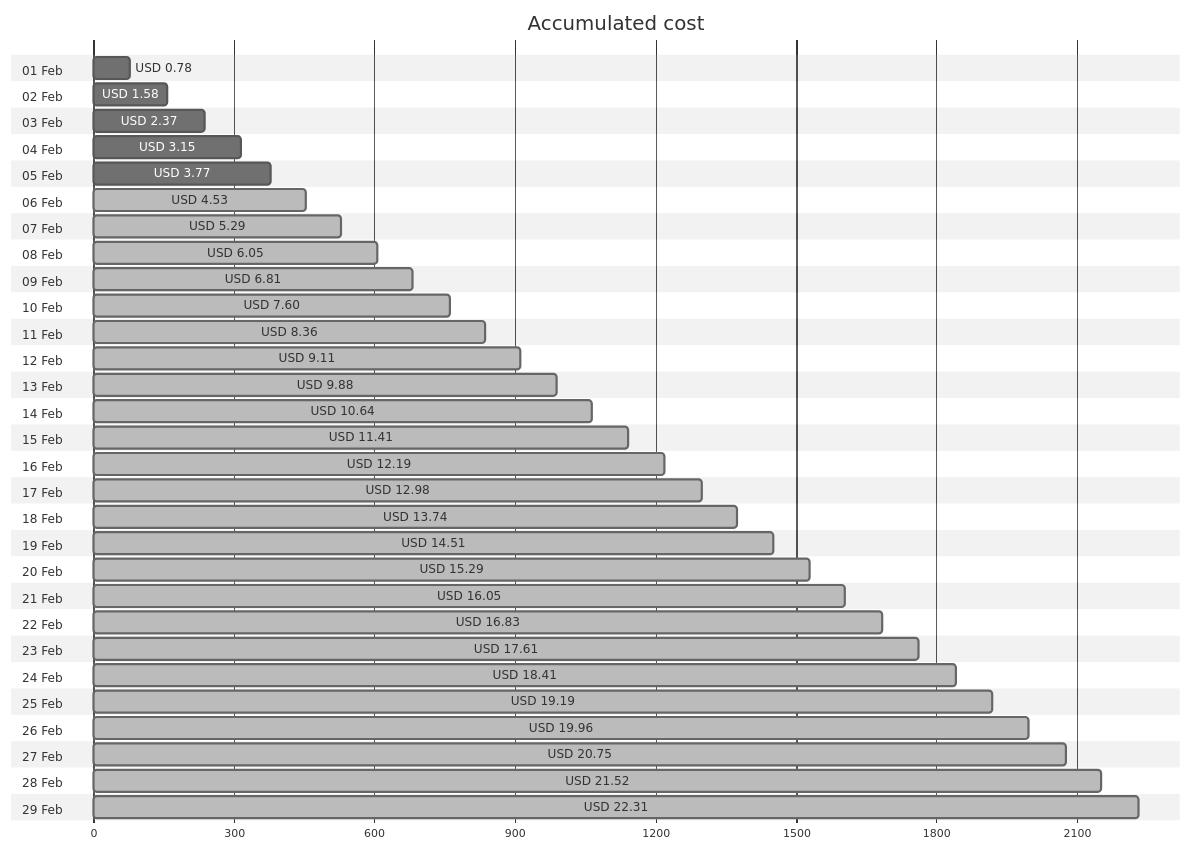
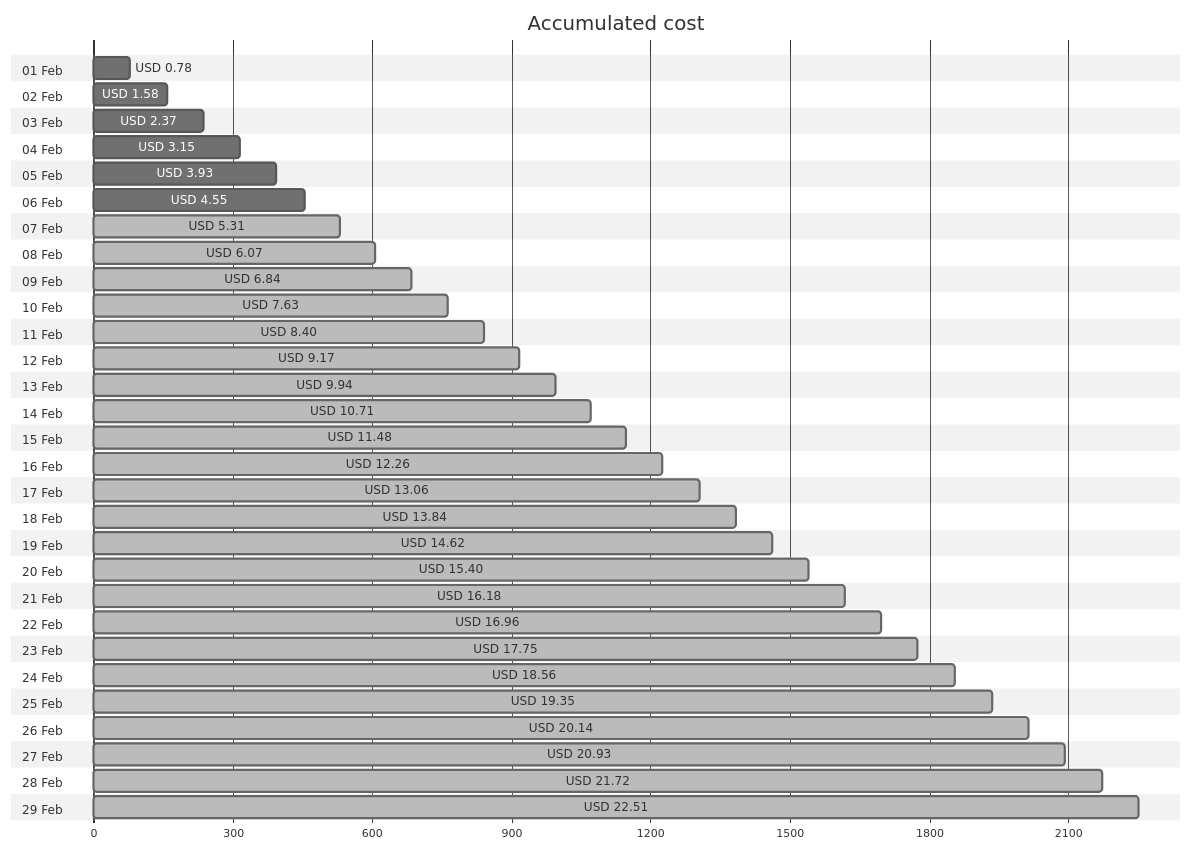
Before and after one commit to jpfulton/azure-personal-reports: the first of 4 diagrams in cost-reports/personal-network/backup-server-data-disk.md, drawn with Mermaid (neutral theme). The commit also changed other lines of this file and 8 other files, not shown here.

````diff
--- a/cost-reports/personal-network/backup-server-data-disk.md
+++ b/cost-reports/personal-network/backup-server-data-disk.md
@@ -20,64 +20,64 @@
 ```mermaid
 gantt
    title Accumulated cost
    dateFormat  X
    axisFormat %s
    section 01 Feb
    USD 0.78 :0, 78
    section 02 Feb
    USD 1.58 :0, 158
    section 03 Feb
    USD 2.37 :0, 237
    section 04 Feb
    USD 3.15 :0, 315
    section 05 Feb
-   USD 3.77 :0, 377
+   USD 3.93 :0, 393
    section 06 Feb
-   USD 4.53 : done, 0, 453
+   USD 4.55 :0, 455
    section 07 Feb
-   USD 5.29 : done, 0, 529
+   USD 5.31 : done, 0, 531
    section 08 Feb
-   USD 6.05 : done, 0, 605
+   USD 6.07 : done, 0, 607
    section 09 Feb
-   USD 6.81 : done, 0, 681
+   USD 6.84 : done, 0, 684
    section 10 Feb
-   USD 7.60 : done, 0, 760
+   USD 7.63 : done, 0, 763
    section 11 Feb
-   USD 8.36 : done, 0, 836
+   USD 8.40 : done, 0, 840
    section 12 Feb
-   USD 9.11 : done, 0, 911
+   USD 9.17 : done, 0, 917
    section 13 Feb
-   USD 9.88 : done, 0, 988
+   USD 9.94 : done, 0, 994
    section 14 Feb
-   USD 10.64 : done, 0, 1064
+   USD 10.71 : done, 0, 1071
    section 15 Feb
-   USD 11.41 : done, 0, 1141
+   USD 11.48 : done, 0, 1148
    section 16 Feb
-   USD 12.19 : done, 0, 1219
+   USD 12.26 : done, 0, 1226
    section 17 Feb
-   USD 12.98 : done, 0, 1298
+   USD 13.06 : done, 0, 1306
    section 18 Feb
-   USD 13.74 : done, 0, 1374
+   USD 13.84 : done, 0, 1384
    section 19 Feb
-   USD 14.51 : done, 0, 1451
+   USD 14.62 : done, 0, 1462
    section 20 Feb
-   USD 15.29 : done, 0, 1529
+   USD 15.40 : done, 0, 1540
    section 21 Feb
-   USD 16.05 : done, 0, 1605
+   USD 16.18 : done, 0, 1618
    section 22 Feb
-   USD 16.83 : done, 0, 1683
+   USD 16.96 : done, 0, 1696
    section 23 Feb
-   USD 17.61 : done, 0, 1761
+   USD 17.75 : done, 0, 1775
    section 24 Feb
-   USD 18.41 : done, 0, 1841
+   USD 18.56 : done, 0, 1856
    section 25 Feb
-   USD 19.19 : done, 0, 1919
+   USD 19.35 : done, 0, 1935
    section 26 Feb
-   USD 19.96 : done, 0, 1996
+   USD 20.14 : done, 0, 2014
    section 27 Feb
-   USD 20.75 : done, 0, 2075
+   USD 20.93 : done, 0, 2093
    section 28 Feb
-   USD 21.52 : done, 0, 2152
+   USD 21.72 : done, 0, 2172
    section 29 Feb
-   USD 22.31 : done, 0, 2231
+   USD 22.51 : done, 0, 2251
 ```
````
